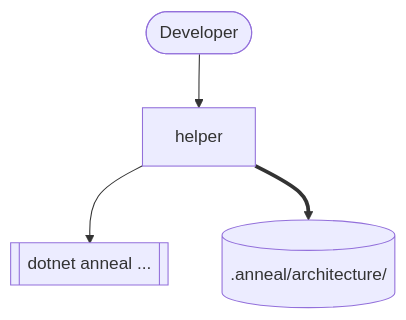
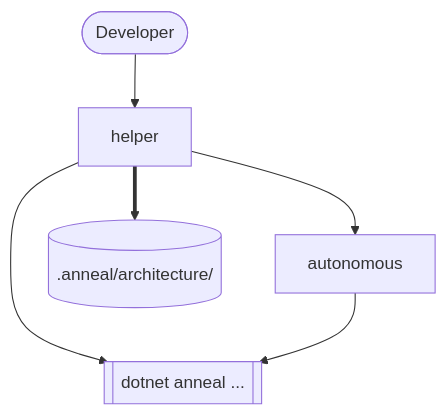
One commit to demaconsulting/Anneal changed the diagram in .anneal/architecture/process.md. Above: the diagram before and after it, drawn with Mermaid. The commit also changed other lines of this file and 3 other files, not shown here.

First line of the commit message:
docs(process): split helper into interactive helper + autonomous sub-agent

````diff
--- a/.anneal/architecture/process.md
+++ b/.anneal/architecture/process.md
@@ -93,11 +95,14 @@
 ```mermaid
 flowchart TD
     User(["Developer"])
     Helper[helper]
+    Autonomous[autonomous]
     Toolkit[["dotnet anneal ..."]]
     Tree[(".anneal/architecture/")]
 
     User --> Helper
     Helper --> Toolkit
+    Helper --> Autonomous
+    Autonomous --> Toolkit
     Helper ==> Tree
 ```
````
